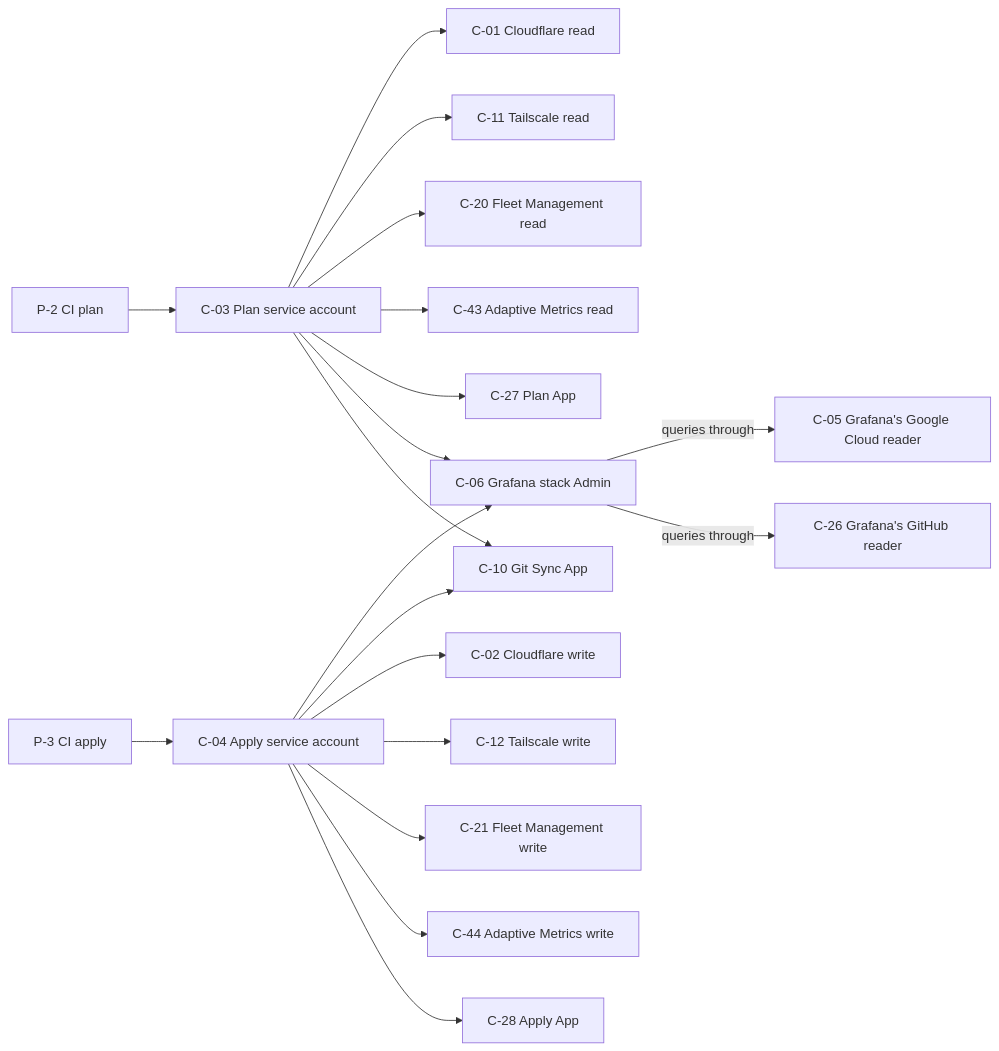
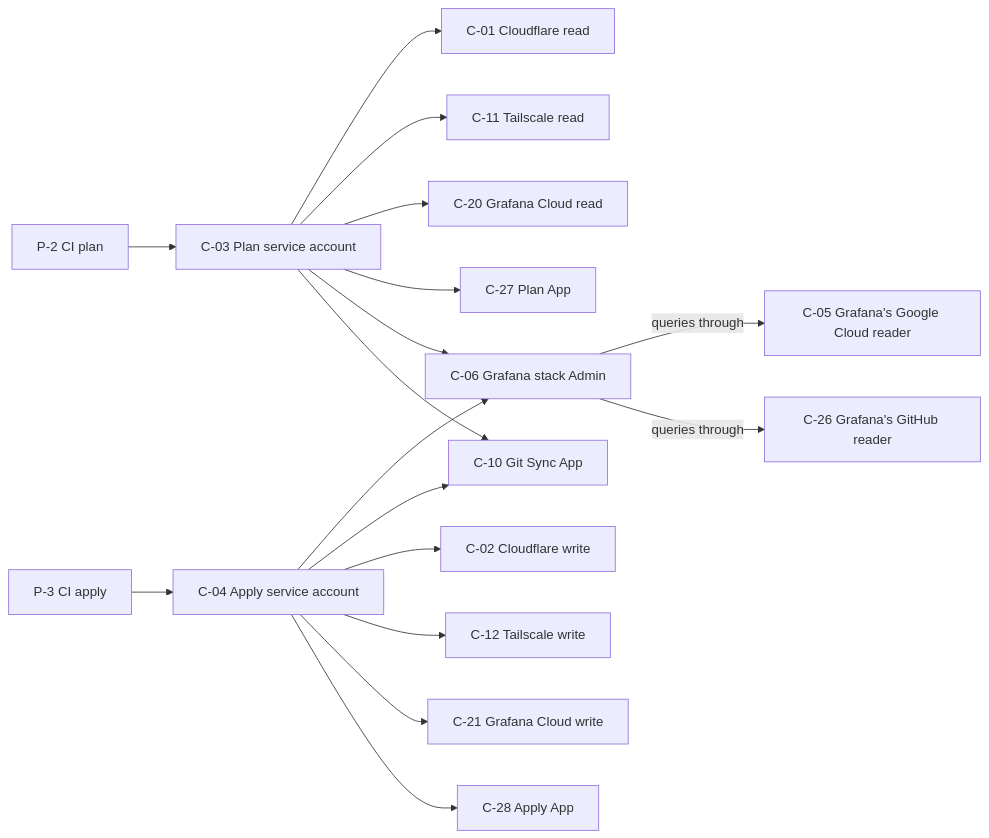
The second of 2 diagrams in docs/explanation/credential-reachability.md (alunduil/alunduil-infrastructure), drawn with Mermaid before and after one commit. The commit also changed other lines of this file and 5 other files, not shown here.

First line of the commit message:
Reuse the Fleet Management tokens

````diff
--- a/docs/explanation/credential-reachability.md
+++ b/docs/explanation/credential-reachability.md
@@ -136,40 +136,36 @@
 ```mermaid
 flowchart LR
   p2["P-2 CI plan"]
   p3["P-3 CI apply"]
   c03["C-03 Plan service account"]
   c04["C-04 Apply service account"]
   c01["C-01 Cloudflare read"]
   c02["C-02 Cloudflare write"]
   c06["C-06 Grafana stack Admin"]
   c10["C-10 Git Sync App"]
   c11["C-11 Tailscale read"]
   c12["C-12 Tailscale write"]
-  c20["C-20 Fleet Management read"]
-  c21["C-21 Fleet Management write"]
-  c43["C-43 Adaptive Metrics read"]
-  c44["C-44 Adaptive Metrics write"]
+  c20["C-20 Grafana Cloud read"]
+  c21["C-21 Grafana Cloud write"]
   c27["C-27 Plan App"]
   c28["C-28 Apply App"]
   c05["C-05 Grafana's Google Cloud reader"]
   c26["C-26 Grafana's GitHub reader"]
 
   p2 --> c03
   c03 --> c01
   c03 --> c11
   c03 --> c20
-  c03 --> c43
   c03 --> c27
   c03 --> c06
   c03 --> c10
   p3 --> c04
   c04 --> c06
   c04 --> c10
   c04 --> c02
   c04 --> c12
   c04 --> c21
-  c04 --> c44
   c04 --> c28
   c06 -->|"queries through"| c05
   c06 -->|"queries through"| c26
 ```
````
